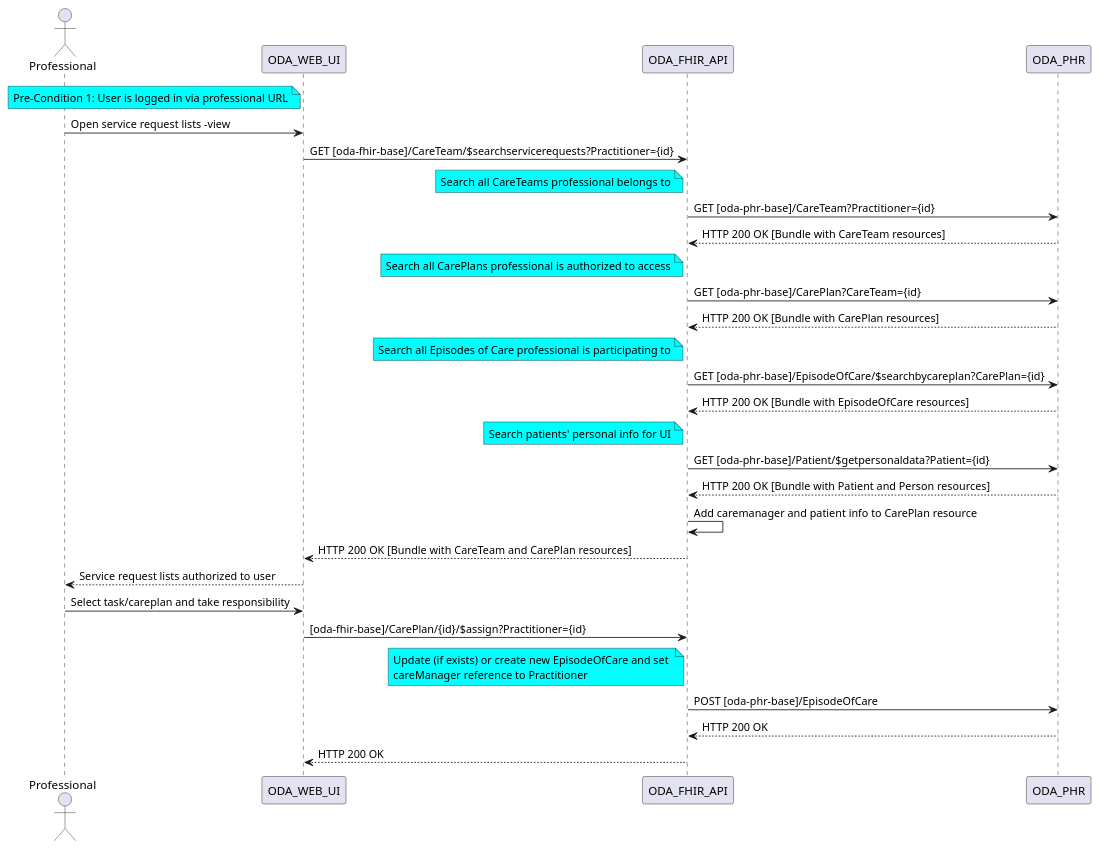
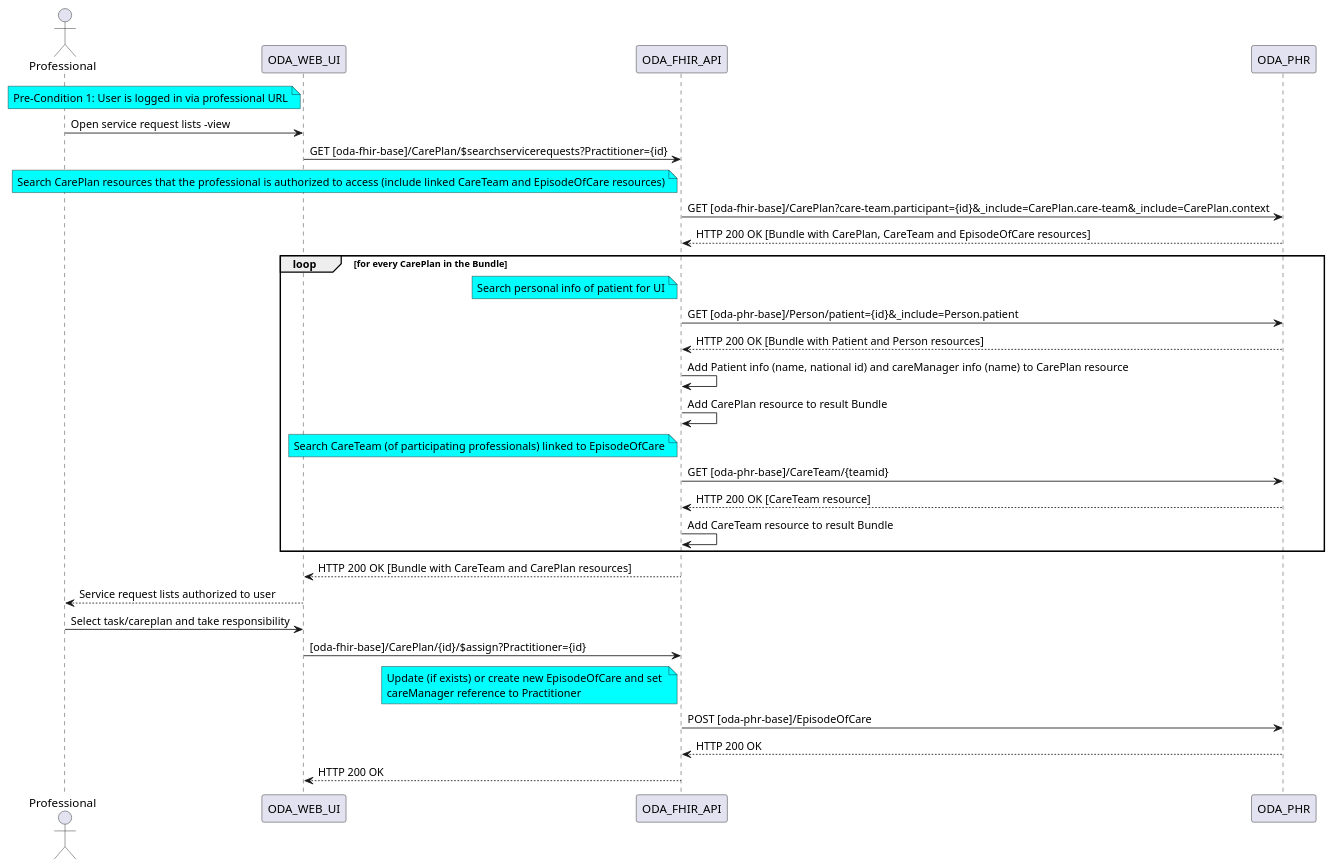
Before and after one commit to ruoat/definitions: the diagram in sequence-diagrams/Professional-service-requests.puml, drawn with PlantUML. The commit also changed 2 other files, not shown here.

Commit message:
KP-84 Updated sequence diagrams to match data model

```diff
--- a/sequence-diagrams/Professional-service-requests.puml
+++ b/sequence-diagrams/Professional-service-requests.puml
@@ -1,50 +1,56 @@
 @startuml
 actor Professional
 
 participant ODA_WEB_UI
 participant ODA_FHIR_API
 participant ODA_PHR
 
 note left of ODA_WEB_UI #aqua
 Pre-Condition 1: User is logged in via professional URL
 end note
 
 Professional -> ODA_WEB_UI: Open service request lists -view
-ODA_WEB_UI -> ODA_FHIR_API: GET [oda-fhir-base]/CareTeam/$searchservicerequests?Practitioner={id}
+ODA_WEB_UI -> ODA_FHIR_API: GET [oda-fhir-base]/CarePlan/$searchservicerequests?Practitioner={id}
 note left of ODA_FHIR_API #aqua
-Search all CareTeams professional belongs to
+Search CarePlan resources that the professional is authorized to access (include linked CareTeam and EpisodeOfCare resources)
 end note
-ODA_FHIR_API -> ODA_PHR: GET [oda-phr-base]/CareTeam?Practitioner={id}
-ODA_PHR --> ODA_FHIR_API: HTTP 200 OK [Bundle with CareTeam resources]
-note left of ODA_FHIR_API #aqua
-Search all CarePlans professional is authorized to access
-end note
-ODA_FHIR_API -> ODA_PHR: GET [oda-phr-base]/CarePlan?CareTeam={id}
-ODA_PHR --> ODA_FHIR_API: HTTP 200 OK [Bundle with CarePlan resources]
-note left of ODA_FHIR_API #aqua
-Search all Episodes of Care professional is participating to
-end note
-ODA_FHIR_API -> ODA_PHR: GET [oda-phr-base]/EpisodeOfCare/$searchbycareplan?CarePlan={id}
-ODA_PHR --> ODA_FHIR_API: HTTP 200 OK [Bundle with EpisodeOfCare resources]
-note left of ODA_FHIR_API #aqua
-Search patients' personal info for UI
-end note
-ODA_FHIR_API -> ODA_PHR: GET [oda-phr-base]/Patient/$getpersonaldata?Patient={id}
-ODA_PHR --> ODA_FHIR_API: HTTP 200 OK [Bundle with Patient and Person resources]
-ODA_FHIR_API -> ODA_FHIR_API: Add caremanager and patient info to CarePlan resource
+ODA_FHIR_API -> ODA_PHR: GET [oda-fhir-base]/CarePlan?care-team.participant={id}&_include=CarePlan.care-team&_include=CarePlan.context 
+
+ODA_PHR --> ODA_FHIR_API: HTTP 200 OK [Bundle with CarePlan, CareTeam and EpisodeOfCare resources]
+
+loop for every CarePlan in the Bundle
+    note left of ODA_FHIR_API #aqua
+        Search personal info of patient for UI
+    end note
+    ODA_FHIR_API -> ODA_PHR: GET [oda-phr-base]/Person/patient={id}&_include=Person.patient
+    ODA_PHR --> ODA_FHIR_API: HTTP 200 OK [Bundle with Patient and Person resources]
+    ODA_FHIR_API -> ODA_FHIR_API: Add Patient info (name, national id) and careManager info (name) to CarePlan resource
+    
+    ODA_FHIR_API -> ODA_FHIR_API: Add CarePlan resource to result Bundle
+    note left of ODA_FHIR_API #aqua
+        Search CareTeam (of participating professionals) linked to EpisodeOfCare
+    end note
+    
+    ODA_FHIR_API -> ODA_PHR: GET [oda-phr-base]/CareTeam/{teamid}
+    ODA_PHR --> ODA_FHIR_API: HTTP 200 OK [CareTeam resource]
+    ODA_FHIR_API -> ODA_FHIR_API: Add CareTeam resource to result Bundle
+end
+
+
+
 ODA_FHIR_API --> ODA_WEB_UI: HTTP 200 OK [Bundle with CareTeam and CarePlan resources]
 ODA_WEB_UI --> Professional: Service request lists authorized to user
 Professional -> ODA_WEB_UI: Select task/careplan and take responsibility
 
 
 ODA_WEB_UI -> ODA_FHIR_API: [oda-fhir-base]/CarePlan/{id}/$assign?Practitioner={id}
 
 note left of ODA_FHIR_API #aqua
 Update (if exists) or create new EpisodeOfCare and set 
 careManager reference to Practitioner
 end note
 ODA_FHIR_API -> ODA_PHR: POST [oda-phr-base]/EpisodeOfCare
 ODA_PHR --> ODA_FHIR_API: HTTP 200 OK
 ODA_FHIR_API --> ODA_WEB_UI: HTTP 200 OK
 
 @enduml
```
